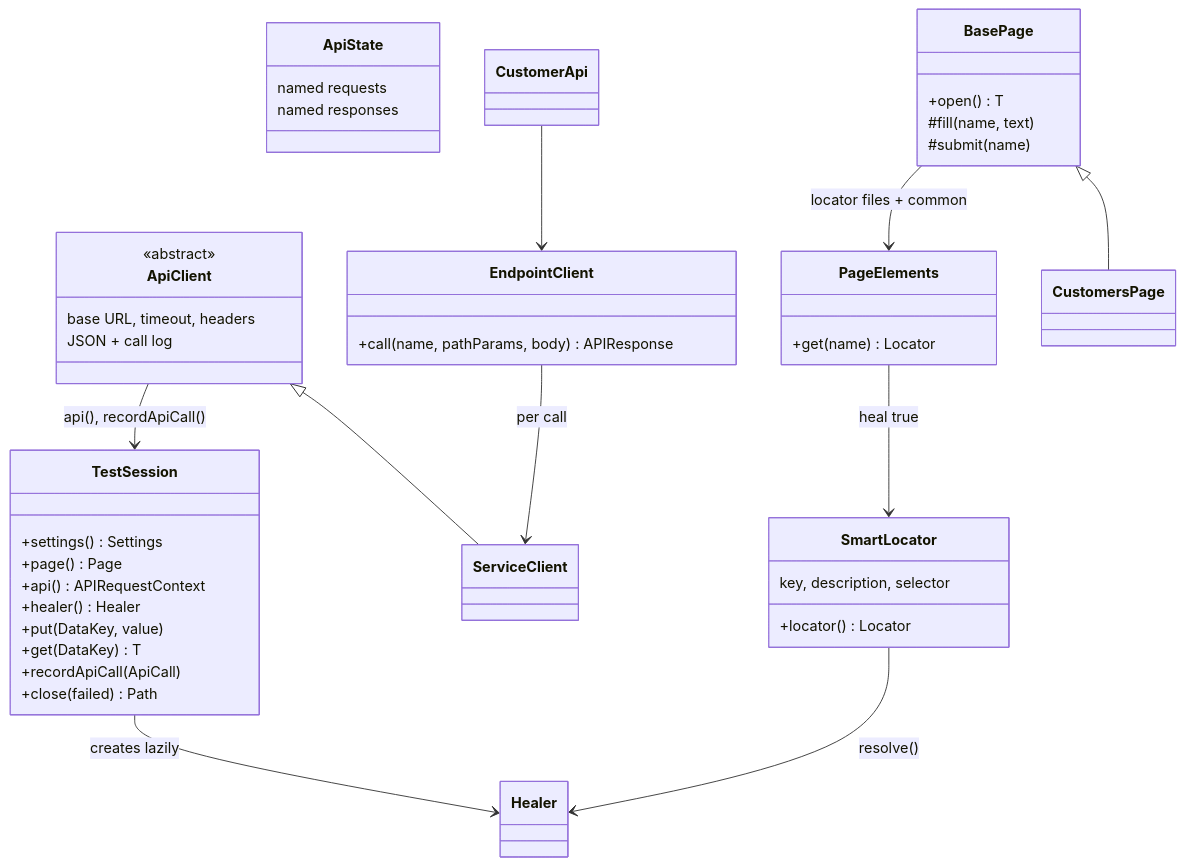
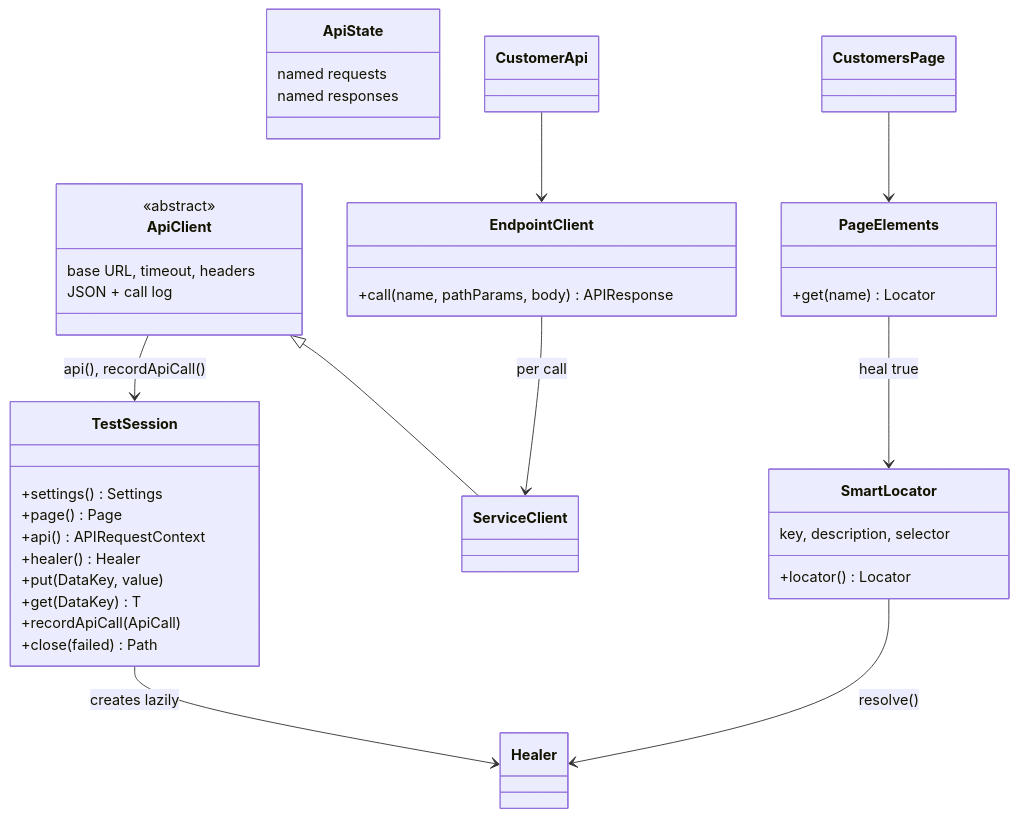
Before and after one commit to JayeshKumud/agentic-qa-java: the second of 7 diagrams in docs/architecture.md, drawn with Mermaid. The commit also changed other lines of this file and 14 other files, not shown here.

First line of the commit message:
Restore the original CustomersPage and single customers.json

````diff
--- a/docs/architecture.md
+++ b/docs/architecture.md
@@ -104,50 +104,44 @@
 ```mermaid
 classDiagram
     class TestSession {
         +settings() Settings
         +page() Page
         +api() APIRequestContext
         +healer() Healer
         +put(DataKey, value)
         +get(DataKey) T
         +recordApiCall(ApiCall)
         +close(failed) Path
     }
     class ApiState {
         named requests
         named responses
     }
     class ApiClient {
         <<abstract>>
         base URL, timeout, headers
         JSON + call log
     }
     class CustomerApi
     class ServiceClient
     class EndpointClient {
         +call(name, pathParams, body) APIResponse
     }
-    class BasePage {
-        +open() T
-        #fill(name, text)
-        #submit(name)
-    }
     class CustomersPage
     class PageElements {
         +get(name) Locator
     }
     class SmartLocator {
         key, description, selector
         +locator() Locator
     }
     class Healer
     ApiClient <|-- ServiceClient
     EndpointClient --> ServiceClient : per call
     CustomerApi --> EndpointClient
     ApiClient --> TestSession : api(), recordApiCall()
-    BasePage <|-- CustomersPage
-    BasePage --> PageElements : locator files + common
+    CustomersPage --> PageElements
     PageElements --> SmartLocator : heal true
     SmartLocator --> Healer : resolve()
     TestSession --> Healer : creates lazily
 ```
````
